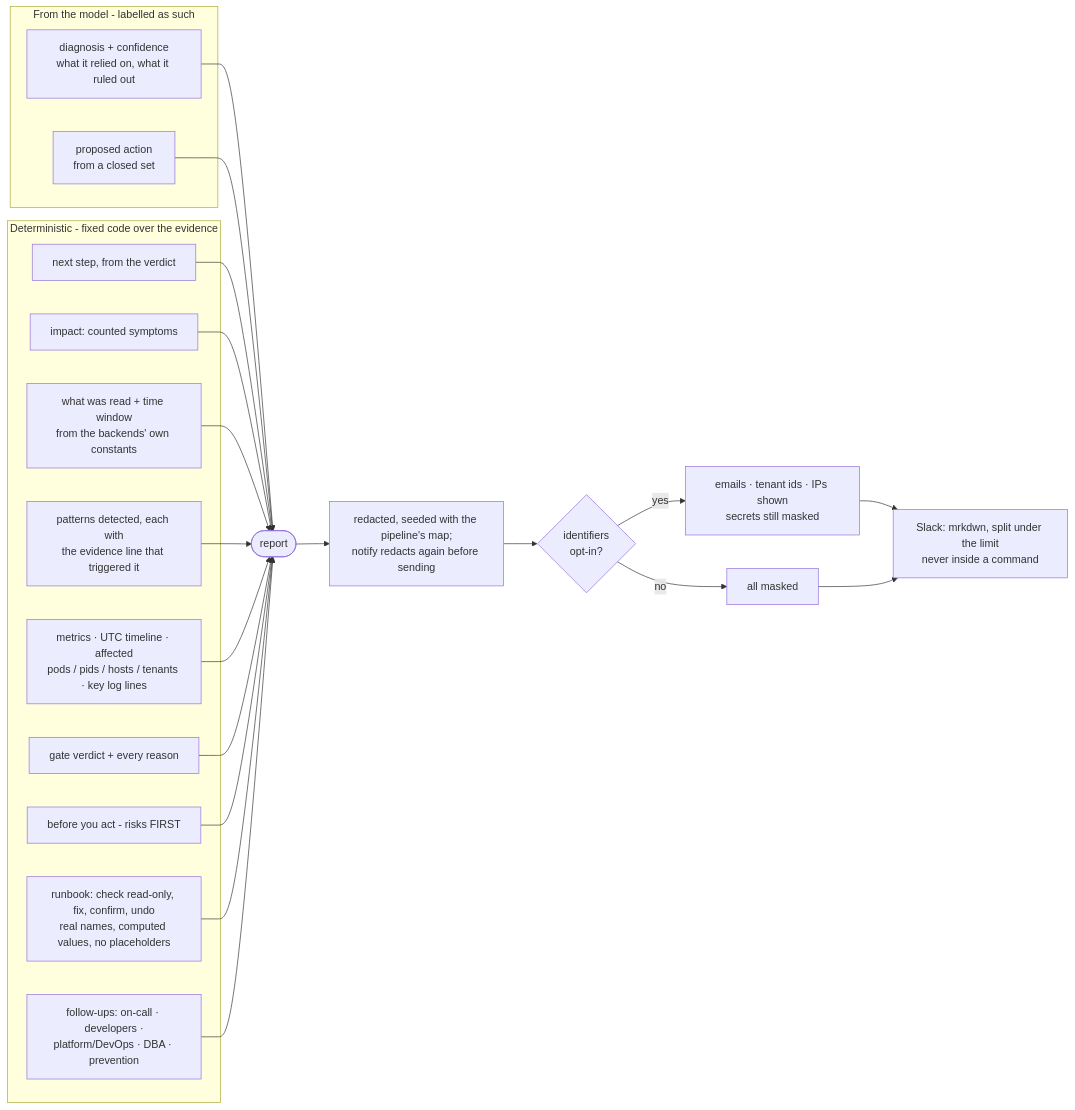
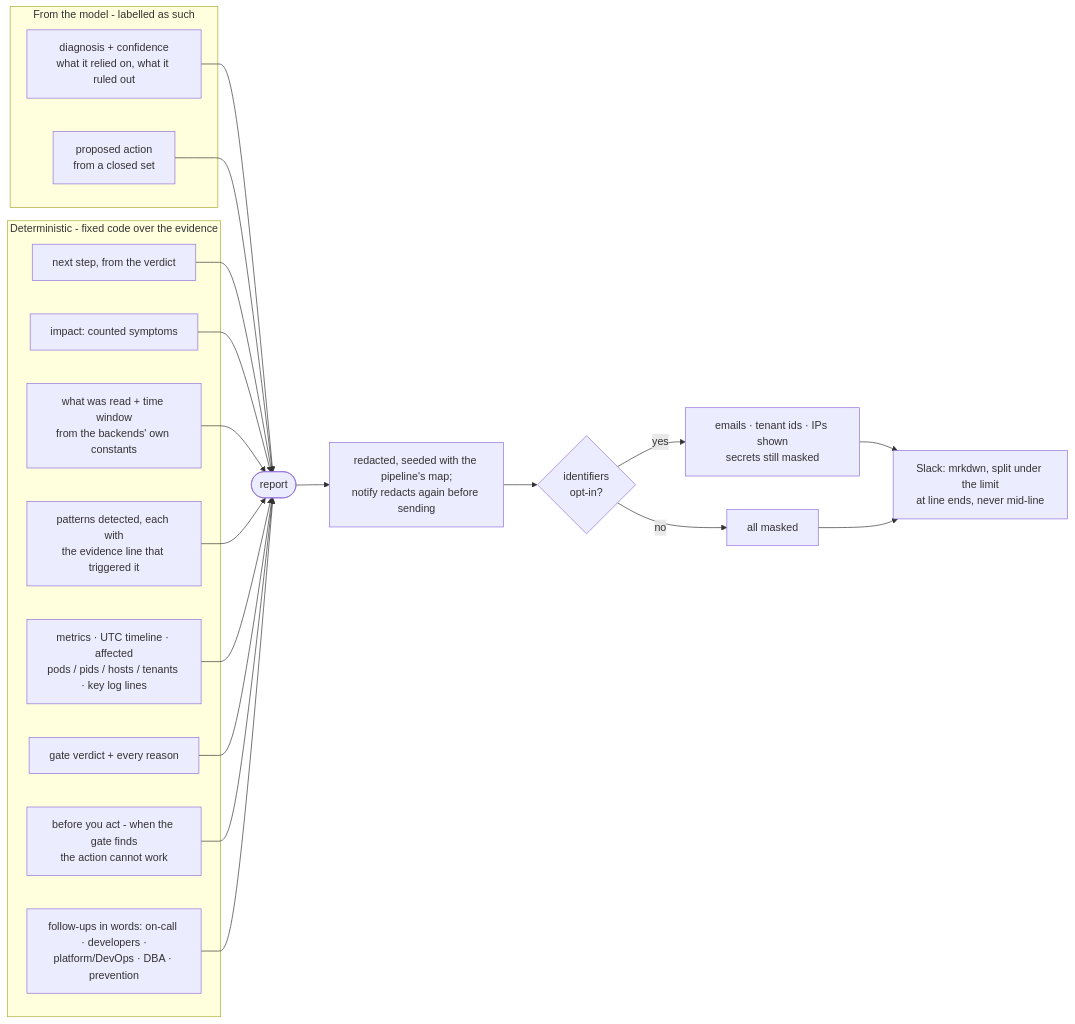
Before and after one commit to veerarakesh56/warden: the seventh of 10 diagrams in README.md, drawn with Mermaid. The commit also changed other lines of this file and 32 other files, not shown here.

````diff
--- a/README.md
+++ b/README.md
@@ -835,24 +846,23 @@
 ```mermaid
 flowchart LR
     subgraph MODEL[From the model - labelled as such]
         H[diagnosis + confidence<br/>what it relied on, what it ruled out]
         PA[proposed action<br/>from a closed set]
     end
     subgraph CODE[Deterministic - fixed code over the evidence]
         NX[next step, from the verdict]
         IM[impact: counted symptoms]
         SR[what was read + time window<br/>from the backends' own constants]
         PT[patterns detected, each with<br/>the evidence line that triggered it]
         EV[metrics · UTC timeline · affected<br/>pods / pids / hosts / tenants · key log lines]
         GV[gate verdict + every reason]
-        RK[before you act - risks FIRST]
-        RB[runbook: check read-only, fix, confirm, undo<br/>real names, computed values, no placeholders]
-        TM[follow-ups: on-call · developers ·<br/>platform/DevOps · DBA · prevention]
+        RK[before you act - when the gate finds<br/>the action cannot work]
+        TM[follow-ups in words: on-call · developers ·<br/>platform/DevOps · DBA · prevention]
     end
     H & PA --> R([report])
-    NX & IM & SR & PT & EV & GV & RK & RB & TM --> R
+    NX & IM & SR & PT & EV & GV & RK & TM --> R
     R --> RD[redacted, seeded with the pipeline's map;<br/>notify redacts again before sending] --> ID{identifiers<br/>opt-in?}
     ID -->|yes| SH[emails · tenant ids · IPs shown<br/>secrets still masked]
     ID -->|no| MK[all masked]
-    SH & MK --> SL[Slack: mrkdwn, split under the limit<br/>never inside a command]
+    SH & MK --> SL[Slack: mrkdwn, split under the limit<br/>at line ends, never mid-line]
 ```
````
